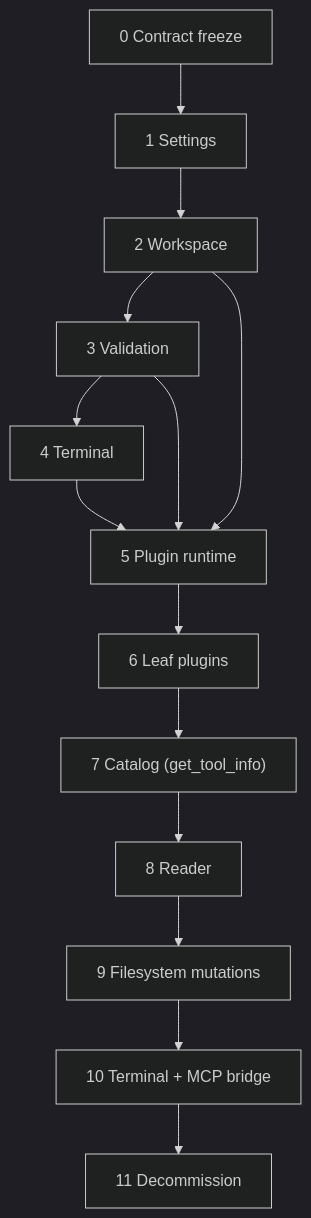
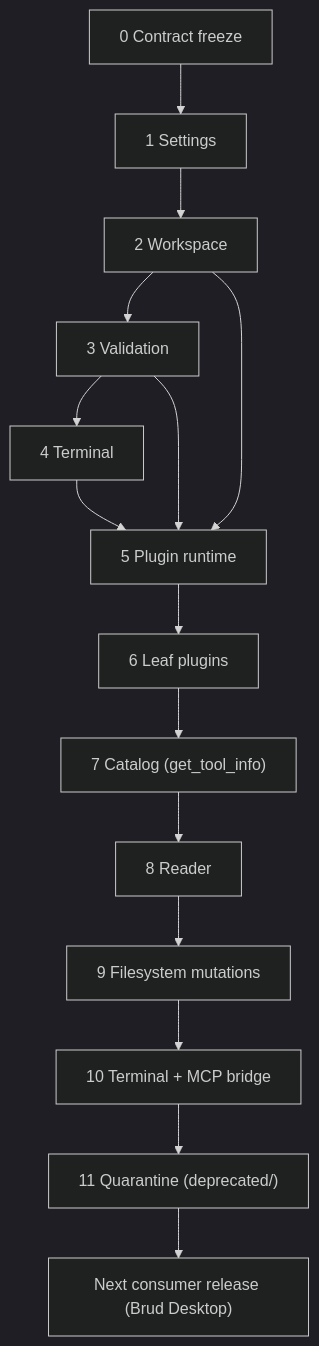
Before and after one commit to rahatarch/brud: the fifth of 5 diagrams in docs/architecture/ROLLOUT_PLAN_CORE_TO_MICROKERNEL.md, drawn with Mermaid (dark theme). The commit also changed other lines of this file and 54 other files, not shown here.

````diff
--- a/docs/architecture/ROLLOUT_PLAN_CORE_TO_MICROKERNEL.md
+++ b/docs/architecture/ROLLOUT_PLAN_CORE_TO_MICROKERNEL.md
@@ -1587,20 +1614,21 @@
 ```mermaid
 flowchart TD
     P0["0 Contract freeze"]
     P1["1 Settings"]
     P2["2 Workspace"]
     P3["3 Validation"]
     P4["4 Terminal"]
     P5["5 Plugin runtime"]
     P6["6 Leaf plugins"]
     P7["7 Catalog (get_tool_info)"]
     P8["8 Reader"]
     P9["9 Filesystem mutations"]
     P10["10 Terminal + MCP bridge"]
-    P11["11 Decommission"]
+    P11["11 Quarantine (deprecated/)"]
+    REL["Next consumer release (Brud Desktop)"]
 
     P0 --> P1 --> P2 --> P3 --> P4 --> P5
-    P5 --> P6 --> P7 --> P8 --> P9 --> P10 --> P11
+    P5 --> P6 --> P7 --> P8 --> P9 --> P10 --> P11 --> REL
     P2 --> P5
     P3 --> P5
 ```
````
